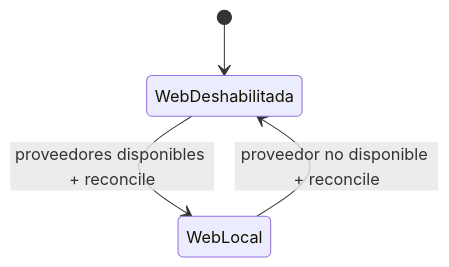
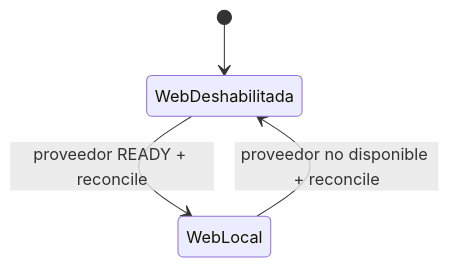
The second of 2 diagrams in stack2_-_searxng_firecrawl/README.es.md (ea1het/local_hybrid_ai), drawn with Mermaid before and after one commit. The commit also changed other lines of this file, not shown here.

````diff
--- a/stack2_-_searxng_firecrawl/README.es.md
+++ b/stack2_-_searxng_firecrawl/README.es.md
@@ -67,6 +90,6 @@
 ```mermaid
 stateDiagram-v2
     [*] --> WebDeshabilitada
-    WebDeshabilitada --> WebLocal: proveedores disponibles + reconcile
+    WebDeshabilitada --> WebLocal: proveedor READY + reconcile
     WebLocal --> WebDeshabilitada: proveedor no disponible + reconcile
 ```
````
